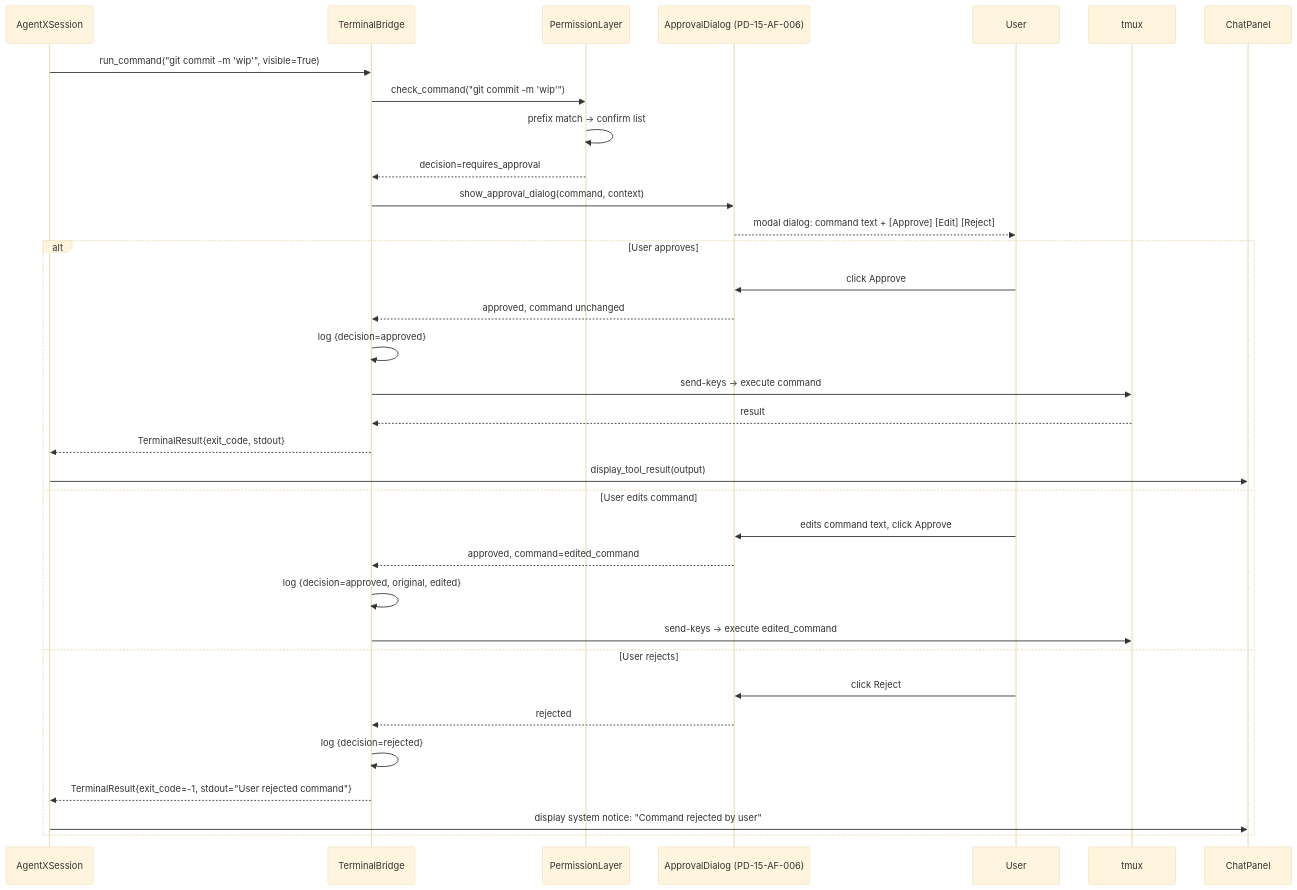
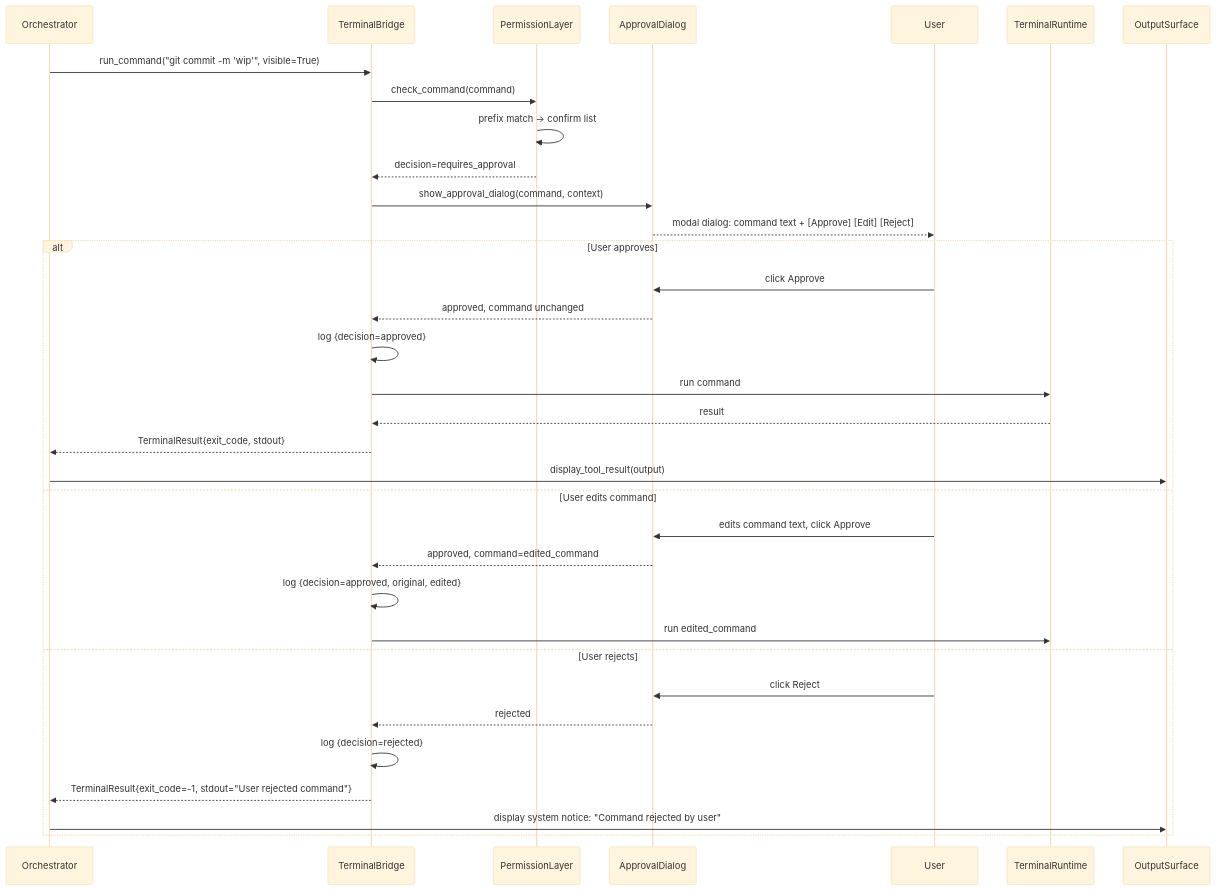
The seventh of 11 diagrams in docs/ux/05_VIBE_CODING.md (matthewapeters/agentX), drawn with Mermaid (base theme) before and after one commit. The commit also changed other lines of this file and 336 other files, not shown here.

````diff
--- a/docs/ux/05_VIBE_CODING.md
+++ b/docs/ux/05_VIBE_CODING.md
@@ -643,37 +214,37 @@
 ```mermaid
 sequenceDiagram
-    participant Session as AgentXSession
-    participant TB as TerminalBridge
-    participant Perm as PermissionLayer
-    participant Dialog as ApprovalDialog (PD-15-AF-006)
+    participant Orchestrator
+    participant TerminalBridge
+    participant PermissionLayer
+    participant ApprovalDialog
     participant User
-    participant Tmux as tmux
-    participant ChatPanel
+    participant TerminalRuntime
+    participant OutputSurface
 
-    Session->>TB: run_command("git commit -m 'wip'", visible=True)
-    TB->>Perm: check_command("git commit -m 'wip'")
-    Perm->>Perm: prefix match → confirm list
-    Perm-->>TB: decision=requires_approval
-    TB->>Dialog: show_approval_dialog(command, context)
-    Dialog-->>User: modal dialog: command text + [Approve] [Edit] [Reject]
+    Orchestrator->>TerminalBridge: run_command("git commit -m 'wip'", visible=True)
+    TerminalBridge->>PermissionLayer: check_command(command)
+    PermissionLayer->>PermissionLayer: prefix match → confirm list
+    PermissionLayer-->>TerminalBridge: decision=requires_approval
+    TerminalBridge->>ApprovalDialog: show_approval_dialog(command, context)
+    ApprovalDialog-->>User: modal dialog: command text + [Approve] [Edit] [Reject]
     alt User approves
-        User->>Dialog: click Approve
-        Dialog-->>TB: approved, command unchanged
-        TB->>TB: log {decision=approved}
-        TB->>Tmux: send-keys → execute command
-        Tmux-->>TB: result
-        TB-->>Session: TerminalResult{exit_code, stdout}
-        Session->>ChatPanel: display_tool_result(output)
+        User->>ApprovalDialog: click Approve
+        ApprovalDialog-->>TerminalBridge: approved, command unchanged
+        TerminalBridge->>TerminalBridge: log {decision=approved}
+        TerminalBridge->>TerminalRuntime: run command
+        TerminalRuntime-->>TerminalBridge: result
+        TerminalBridge-->>Orchestrator: TerminalResult{exit_code, stdout}
+        Orchestrator->>OutputSurface: display_tool_result(output)
     else User edits command
-        User->>Dialog: edits command text, click Approve
-        Dialog-->>TB: approved, command=edited_command
-        TB->>TB: log {decision=approved, original, edited}
-        TB->>Tmux: send-keys → execute edited_command
+        User->>ApprovalDialog: edits command text, click Approve
+        ApprovalDialog-->>TerminalBridge: approved, command=edited_command
+        TerminalBridge->>TerminalBridge: log {decision=approved, original, edited}
+        TerminalBridge->>TerminalRuntime: run edited_command
     else User rejects
-        User->>Dialog: click Reject
-        Dialog-->>TB: rejected
-        TB->>TB: log {decision=rejected}
-        TB-->>Session: TerminalResult{exit_code=-1, stdout="User rejected command"}
-        Session->>ChatPanel: display system notice: "Command rejected by user"
+        User->>ApprovalDialog: click Reject
+        ApprovalDialog-->>TerminalBridge: rejected
+        TerminalBridge->>TerminalBridge: log {decision=rejected}
+        TerminalBridge-->>Orchestrator: TerminalResult{exit_code=-1, stdout="User rejected command"}
+        Orchestrator->>OutputSurface: display system notice: "Command rejected by user"
     end
 ```
````
